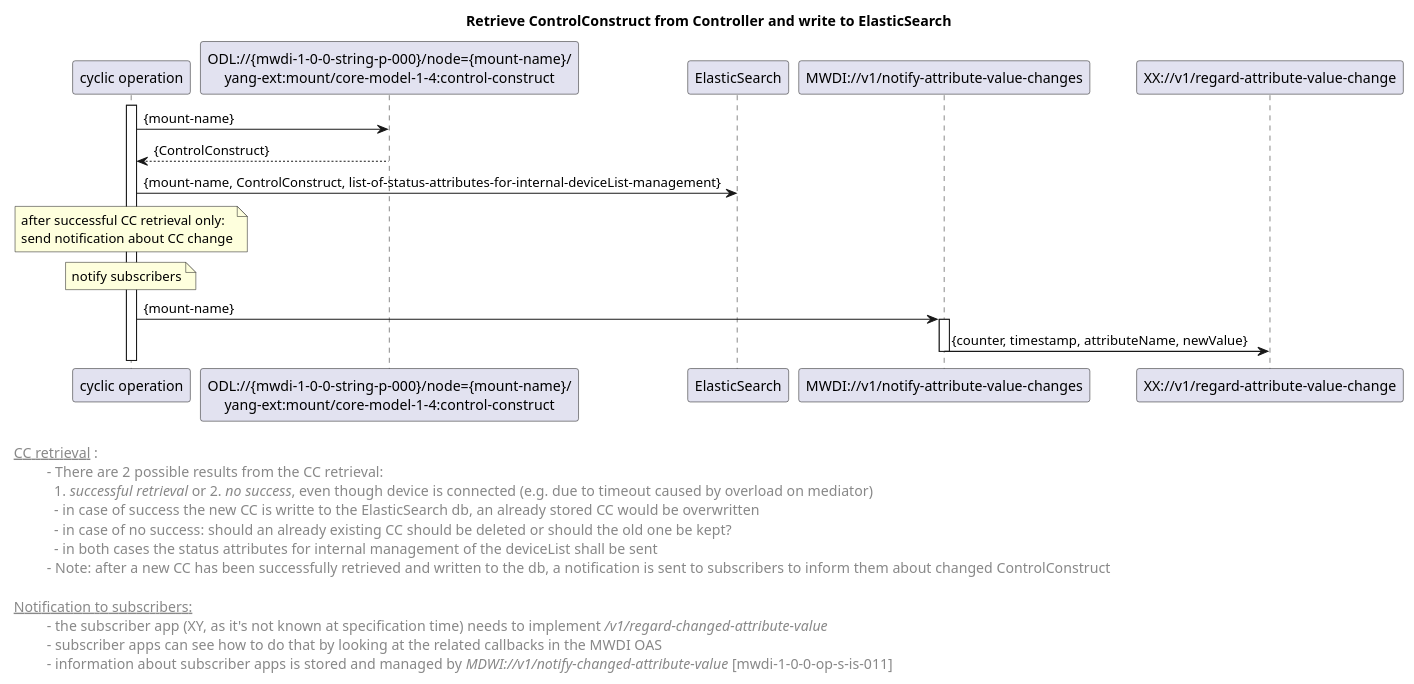
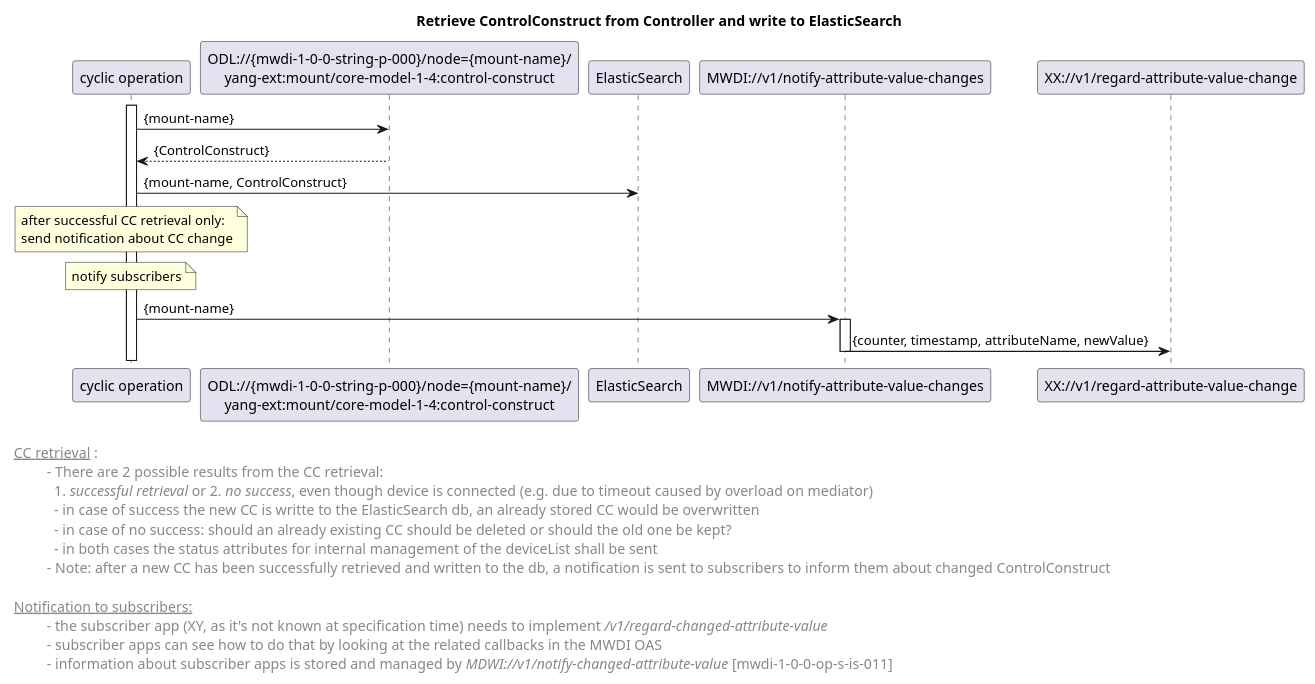
One commit to openBackhaul/MicroWaveDeviceInventory changed the diagram in spec/diagrams/04x_forwardingCyclicOperationRetrieveControlConstruct.plantuml. Above: the diagram before and after it, drawn with PlantUML. The commit also changed 1 other file, not shown here.

```diff
--- a/spec/diagrams/04x_forwardingCyclicOperationRetrieveControlConstruct.plantuml
+++ b/spec/diagrams/04x_forwardingCyclicOperationRetrieveControlConstruct.plantuml
@@ -1,52 +1,52 @@
 @startuml
 skinparam responseMessageBelowArrow true
 
 title Retrieve ControlConstruct from Controller and write to ElasticSearch
 
 'participants
 participant "cyclic operation" as cyclicop
 participant "ODL://{mwdi-1-0-0-string-p-000}/node={mount-name}/\nyang-ext:mount/core-model-1-4:control-construct" as odlcc
 participant "ElasticSearch" as es
 participant "MWDI://v1/notify-attribute-value-changes" as notify
 participant "XX://v1/regard-attribute-value-change" as subscriberOp
 
 activate cyclicop
 cyclicop -> odlcc: {mount-name}
 odlcc --> cyclicop: {ControlConstruct}
 
 
-cyclicop -> es: {mount-name, ControlConstruct, list-of-status-attributes-for-internal-deviceList-management}
+cyclicop -> es: {mount-name, ControlConstruct}
 
 note over cyclicop: after successful CC retrieval only: \nsend notification about CC change
 
 note over cyclicop: notify subscribers
 cyclicop -> notify: {mount-name}
 activate notify
 notify -> subscriberOp: {counter, timestamp, attributeName, newValue}
 deactivate notify
 
 left footer 
 
 <u> CC retrieval </u>:
 \t  - There are 2 possible results from the CC retrieval: 
 \t    1. <i>successful retrieval</i> or 2. <i>no success</i>, even though device is connected (e.g. due to timeout caused by overload on mediator)
 \t    - in case of success the new CC is writte to the ElasticSearch db, an already stored CC would be overwritten
 \t    - in case of no success: should an already existing CC should be deleted or should the old one be kept?
 \t    - in both cases the status attributes for internal management of the deviceList shall be sent
 \t  - Note: after a new CC has been successfully retrieved and written to the db, a notification is sent to subscribers to inform them about changed ControlConstruct
 
 <u> Notification to subscribers: </u>
 \t  - the subscriber app (XY, as it's not known at specification time) needs to implement <i>/v1/regard-changed-attribute-value</i>
 \t  - subscriber apps can see how to do that by looking at the related callbacks in the MWDI OAS 
 \t  - information about subscriber apps is stored and managed by <i>MDWI://v1/notify-changed-attribute-value</i> [mwdi-1-0-0-op-s-is-011]
 end footer
 
 <style>
 footer {
   HorizontalAlignment left
   FontSize 14
 }
 </style>
 
 
 @enduml
```
